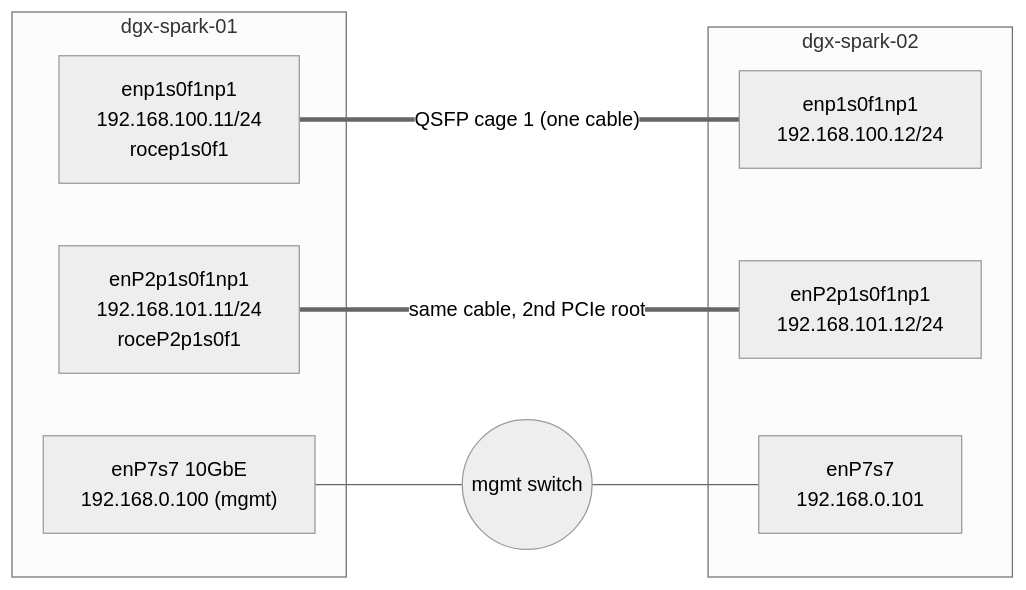
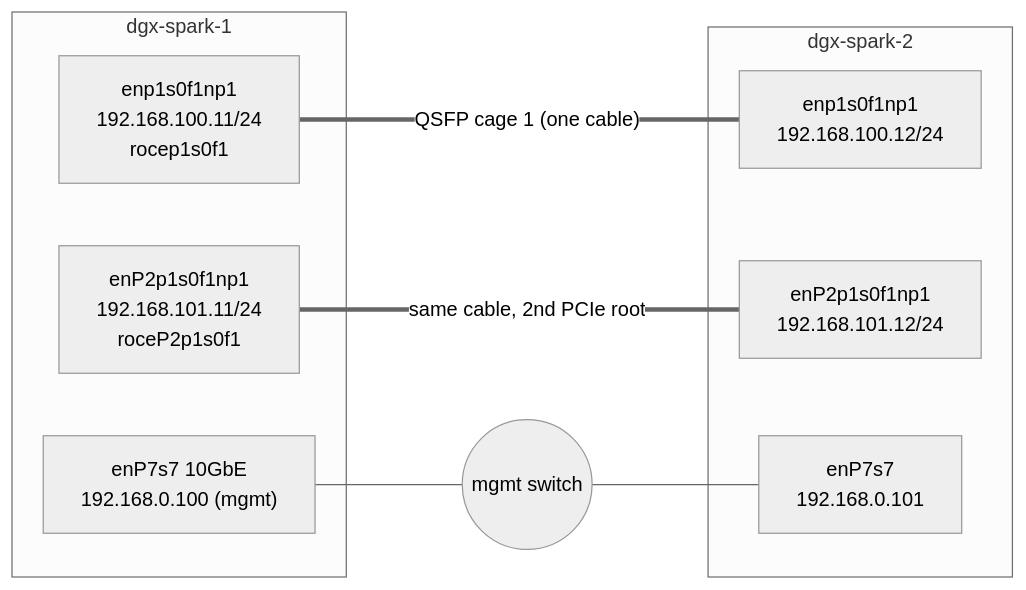
The diagram in 01 Ansible/11-infiniband-fabric-automation-and-opensm.md (cloudone365/technical-depth), drawn with Mermaid (neutral theme) before and after one commit. The commit also changed other lines of this file and 91 other files, not shown here.

First line of the commit message:
Rename the Spark hosts to dgx-spark-1 / dgx-spark-2

````diff
--- a/01 Ansible/11-infiniband-fabric-automation-and-opensm.md
+++ b/01 Ansible/11-infiniband-fabric-automation-and-opensm.md
@@ -33,16 +33,16 @@
 ```mermaid
 flowchart LR
-  subgraph S1["dgx-spark-01"]
+  subgraph S1["dgx-spark-1"]
     A1["enp1s0f1np1<br/>192.168.100.11/24<br/>rocep1s0f1"]
     B1["enP2p1s0f1np1<br/>192.168.101.11/24<br/>roceP2p1s0f1"]
     M1["enP7s7 10GbE<br/>192.168.0.100 (mgmt)"]
   end
-  subgraph S2["dgx-spark-02"]
+  subgraph S2["dgx-spark-2"]
     A2["enp1s0f1np1<br/>192.168.100.12/24"]
     B2["enP2p1s0f1np1<br/>192.168.101.12/24"]
     M2["enP7s7<br/>192.168.0.101"]
   end
   A1 === |"QSFP cage 1 (one cable)"| A2
   B1 === |"same cable, 2nd PCIe root"| B2
   M1 --- LAN((mgmt switch)) --- M2
 ```
````
